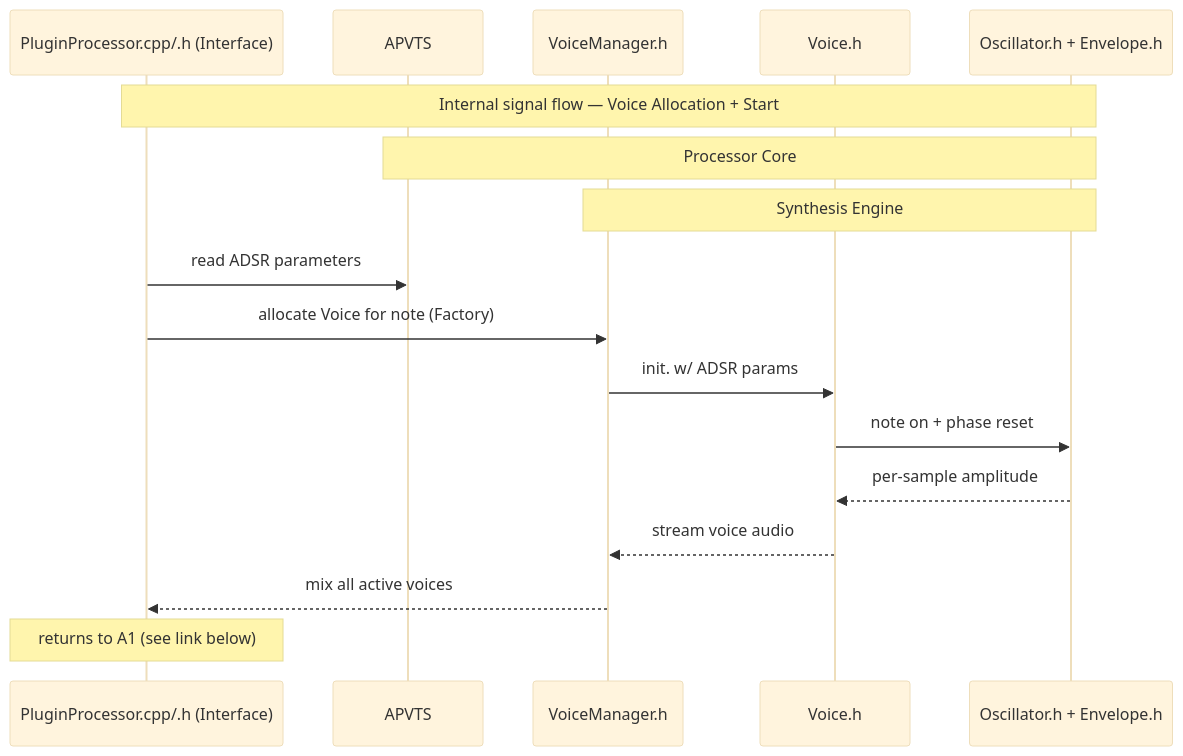
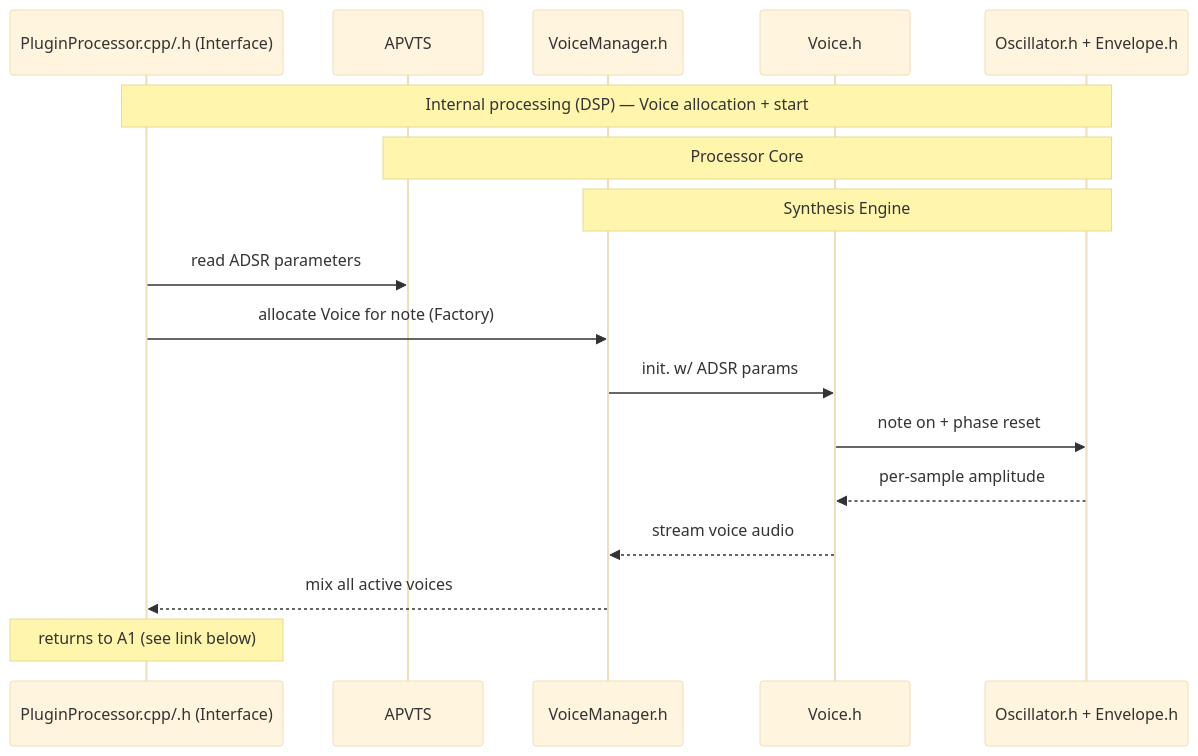
Before and after one commit to TYLERSFOSTER/MIDIControl001: the second of 6 diagrams in docs/architecture.md, drawn with Mermaid (base theme). The commit also changed other lines of this file, not shown here.

````diff
--- a/docs/architecture.md
+++ b/docs/architecture.md
@@ -74,20 +74,20 @@
 ```mermaid
 sequenceDiagram
 participant PluginProcessor as PluginProcessor.cpp/.h (Interface)
 participant ValueTree as APVTS
 participant VoiceManager as VoiceManager.h
 participant Voice as Voice.h
 participant DSP as Oscillator.h + Envelope.h
 
-Note over PluginProcessor,DSP: Internal signal flow — Voice Allocation + Start
+Note over PluginProcessor,DSP: Internal processing (DSP) — Voice allocation + start
 Note over ValueTree,DSP: Processor Core
 Note over VoiceManager,DSP: Synthesis Engine
 PluginProcessor->>ValueTree: read ADSR parameters
 PluginProcessor->>VoiceManager: allocate Voice for note (Factory)
 VoiceManager->>Voice: init. w/ ADSR params
 Voice->>DSP: note on + phase reset
 DSP-->>Voice: per-sample amplitude
 Voice-->>VoiceManager: stream voice audio
 VoiceManager-->>PluginProcessor: mix all active voices
 Note over PluginProcessor: returns to A1 (see link below)
 ```
````
